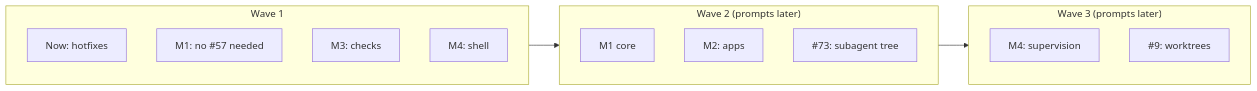
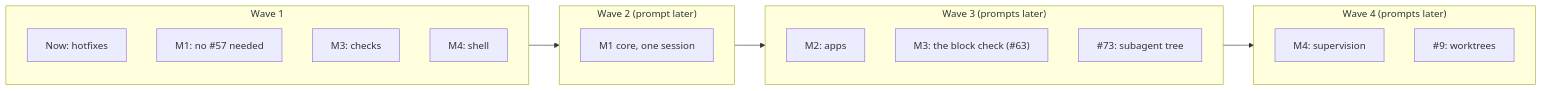
One commit to HJeon139/postbox changed the diagram in designs/prompts/README.md. Above: the diagram before and after it, drawn with Mermaid. The commit also changed other lines of this file, not shown here.

Commit message:
Prompts: M1 core runs alone in wave 2, and M2 waits for it

````diff
--- a/designs/prompts/README.md
+++ b/designs/prompts/README.md
@@ -5,19 +7,22 @@
 ```mermaid
 flowchart LR
   subgraph w1["Wave 1"]
     a["Now: hotfixes"]
     b["M1: no #57 needed"]
     c["M3: checks"]
     d["M4: shell"]
   end
-  subgraph w2["Wave 2 (prompts later)"]
-    e["M1 core"]
+  subgraph w2["Wave 2 (prompt later)"]
+    e["M1 core, one session"]
+  end
+  subgraph w3["Wave 3 (prompts later)"]
     f["M2: apps"]
+    j["M3: the block check (#63)"]
     i["#73: subagent tree"]
   end
-  subgraph w3["Wave 3 (prompts later)"]
+  subgraph w4["Wave 4 (prompts later)"]
     g["M4: supervision"]
     h["#9: worktrees"]
   end
-  w1 --> w2 --> w3
+  w1 --> w2 --> w3 --> w4
 ```
````
